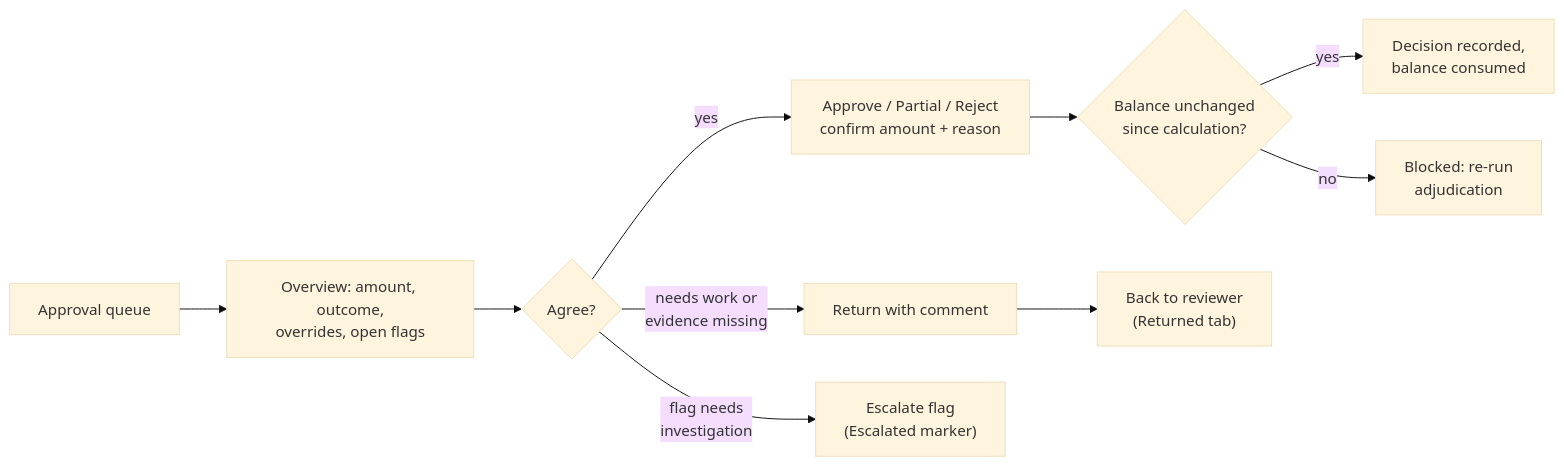
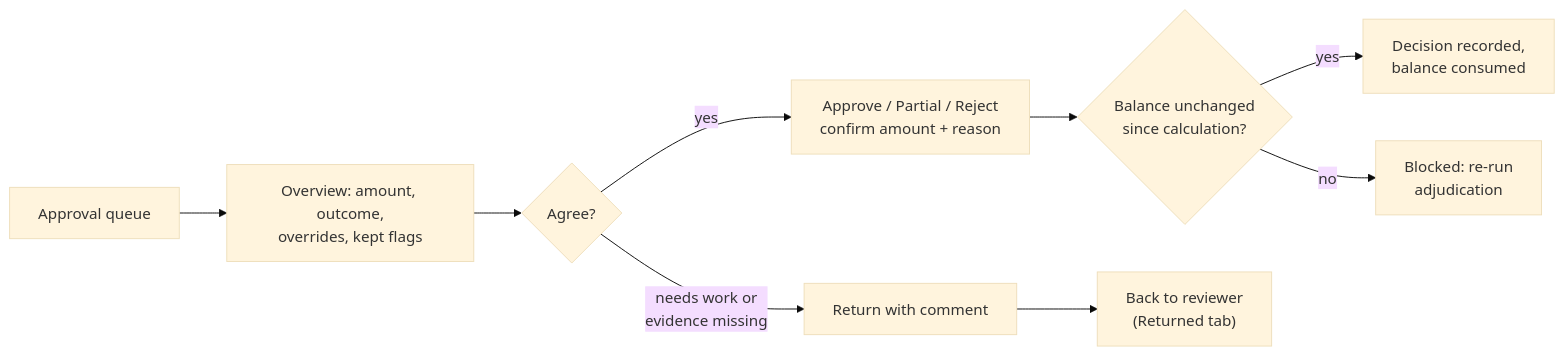
The fourth of 4 diagrams in docs/04-information-architecture.md (cuonglpv/PMDC-AITHUCCHIEN), drawn with Mermaid (base theme) before and after one commit. The commit also changed other lines of this file and 25 other files, not shown here.

````diff
--- a/docs/04-information-architecture.md
+++ b/docs/04-information-architecture.md
@@ -247,9 +218,8 @@
 ```mermaid
 flowchart LR
-    a["Approval queue"] --> b["Overview: amount, outcome,<br/>overrides, open flags"] --> c{"Agree?"}
+    a["Approval queue"] --> b["Overview: amount, outcome,<br/>overrides, kept flags"] --> c{"Agree?"}
     c -->|yes| d["Approve / Partial / Reject<br/>confirm amount + reason"] --> bal{"Balance unchanged<br/>since calculation?"}
     bal -->|yes| e["Decision recorded,<br/>balance consumed"]
     bal -->|no| rc["Blocked: re-run<br/>adjudication"]
     c -->|"needs work or<br/>evidence missing"| f["Return with comment"] --> g["Back to reviewer<br/>(Returned tab)"]
-    c -->|"flag needs<br/>investigation"| esc["Escalate flag<br/>(Escalated marker)"]
 ```
````
